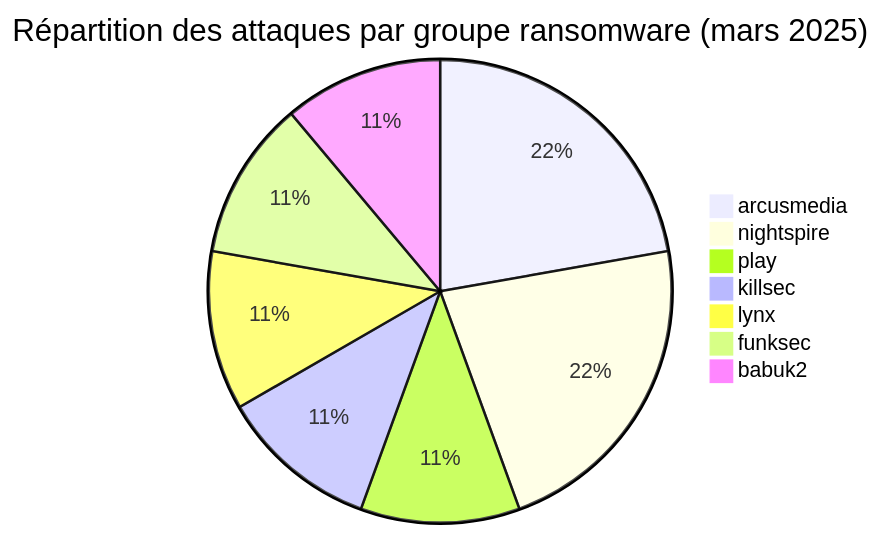
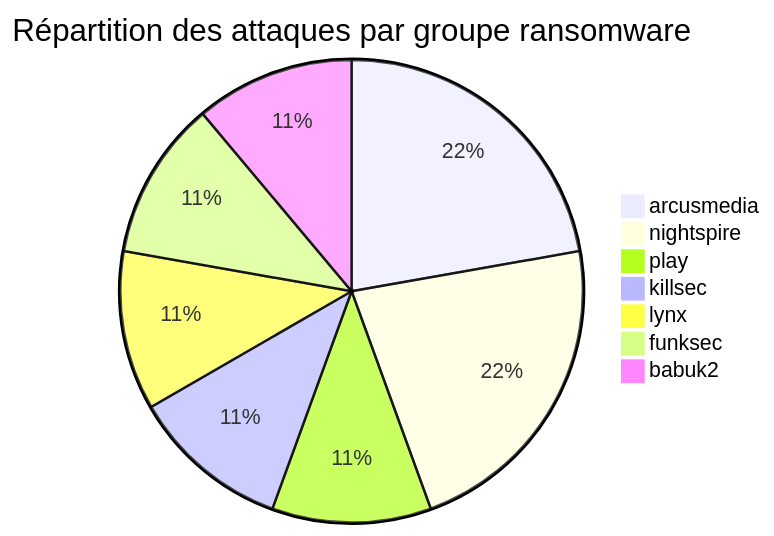
Before and after one commit to Hatchepsoute/AFRINTEL: the first of 5 diagrams in reports/2025/03-march/README_FR.md, drawn with Mermaid. The commit also changed 1 other file, not shown here.

Commit message:
chore: update repo content

````diff
--- a/reports/2025/03-march/README_FR.md
+++ b/reports/2025/03-march/README_FR.md
@@ -32,10 +32,10 @@
 ```mermaid
-pie title Répartition des attaques par groupe ransomware (mars 2025)
+pie title Répartition des attaques par groupe ransomware
     "arcusmedia" : 2
     "nightspire" : 2
     "play" : 1
     "killsec" : 1
     "lynx" : 1
     "funksec" : 1
     "babuk2" : 1
 ```
````
